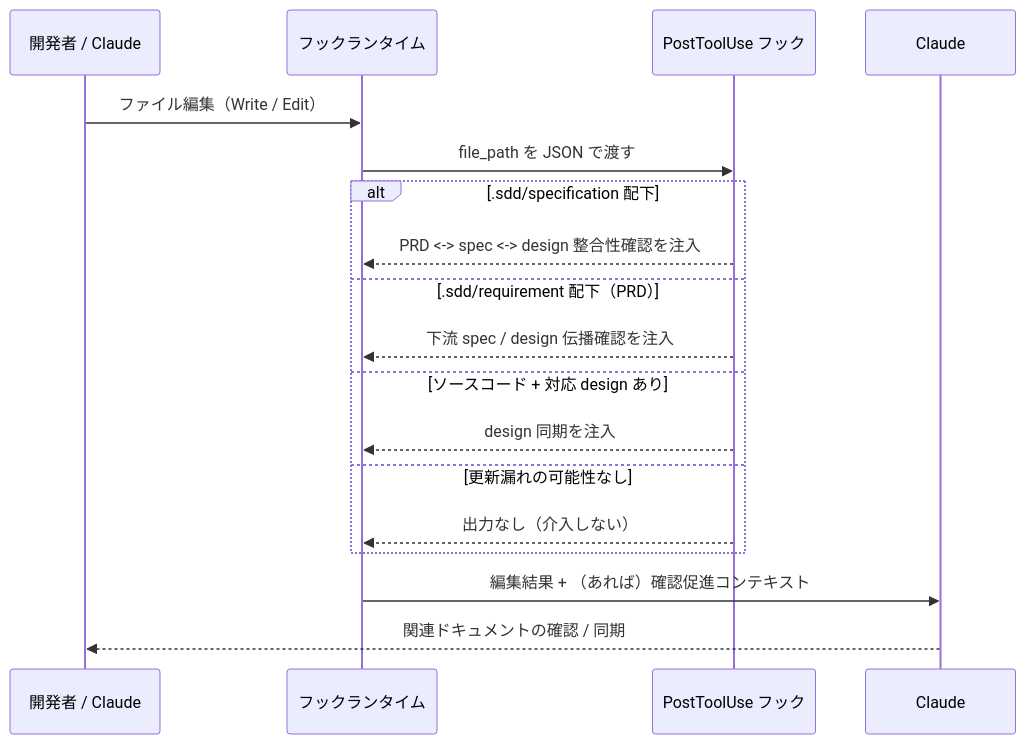
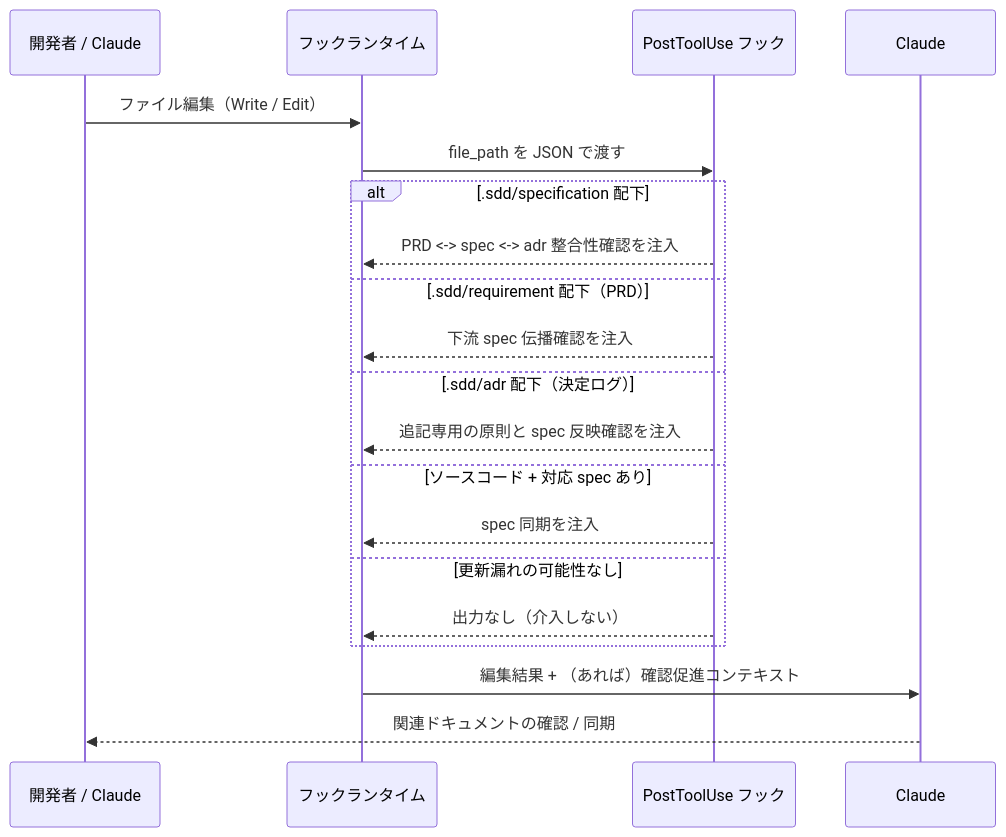
Before and after one commit to ToshikiImagawa/ai-sdd-workflow-dev: the diagram in .sdd/specification/quality-guardrails/stale-doc-detection_spec.md, drawn with Mermaid. The commit also changed other lines of this file and 35 other files, not shown here.

````diff
--- a/.sdd/specification/quality-guardrails/stale-doc-detection_spec.md
+++ b/.sdd/specification/quality-guardrails/stale-doc-detection_spec.md
@@ -139,21 +150,23 @@
 ```mermaid
 sequenceDiagram
     participant User as 開発者 / Claude
     participant Runtime as フックランタイム
     participant Hook as PostToolUse フック
     participant Claude as Claude
 
     User ->> Runtime: ファイル編集（Write / Edit）
     Runtime ->> Hook: file_path を JSON で渡す
     alt .sdd/specification 配下
-        Hook -->> Runtime: PRD <-> spec <-> design 整合性確認を注入
+        Hook -->> Runtime: PRD <-> spec <-> adr 整合性確認を注入
     else .sdd/requirement 配下（PRD）
-        Hook -->> Runtime: 下流 spec / design 伝播確認を注入
-    else ソースコード + 対応 design あり
-        Hook -->> Runtime: design 同期を注入
+        Hook -->> Runtime: 下流 spec 伝播確認を注入
+    else .sdd/adr 配下（決定ログ）
+        Hook -->> Runtime: 追記専用の原則と spec 反映確認を注入
+    else ソースコード + 対応 spec あり
+        Hook -->> Runtime: spec 同期を注入
     else 更新漏れの可能性なし
         Hook -->> Runtime: 出力なし（介入しない）
     end
     Runtime ->> Claude: 編集結果 + （あれば）確認促進コンテキスト
     Claude -->> User: 関連ドキュメントの確認 / 同期
 ```
````
